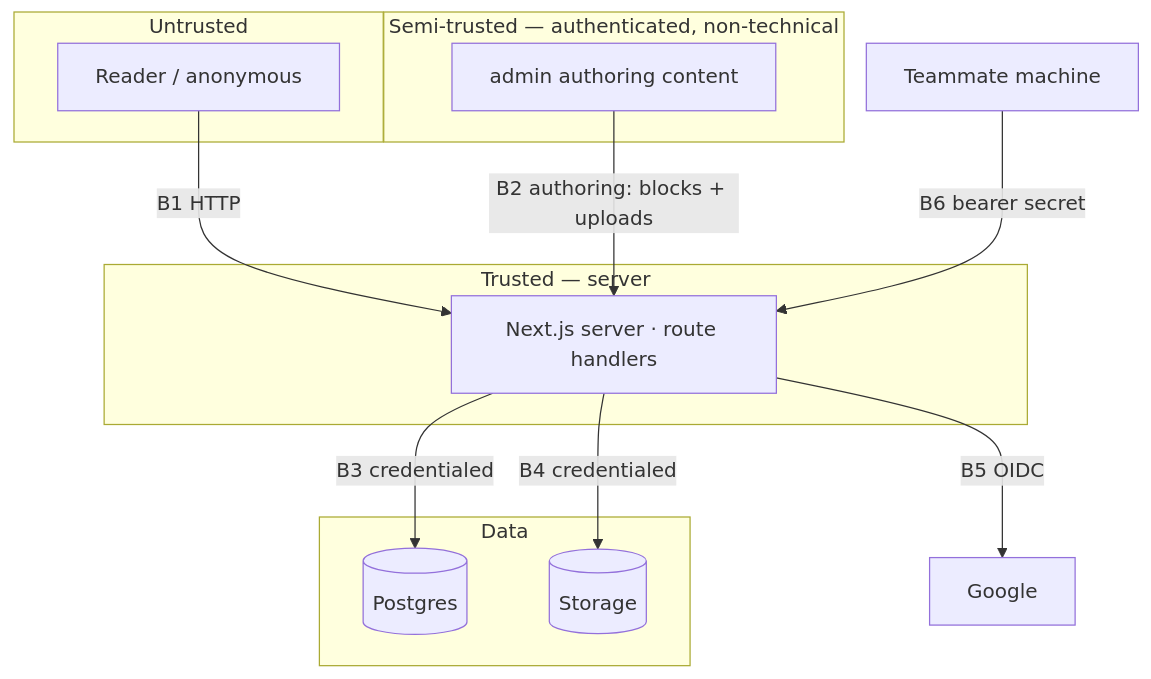
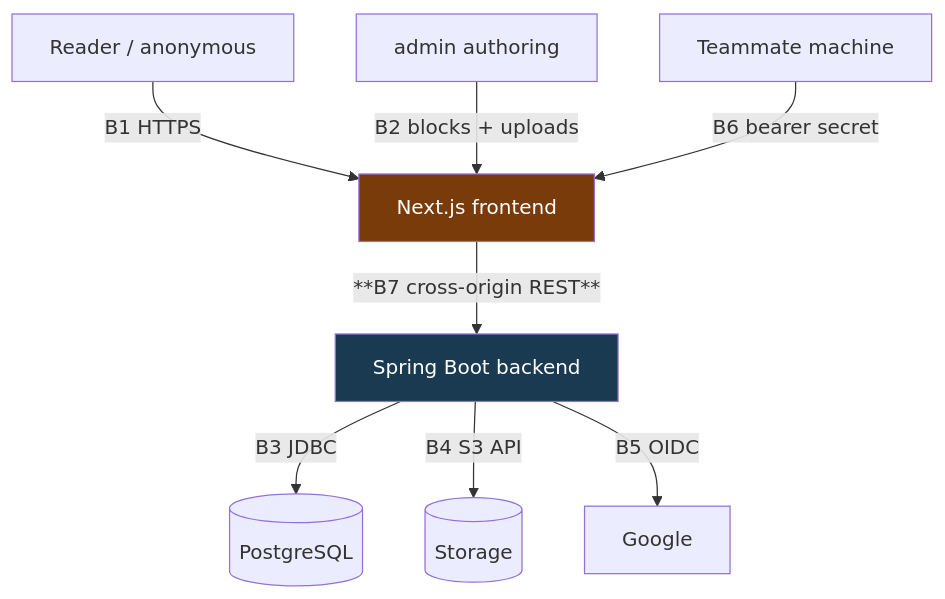
One commit to Oudompanha123/coc-docs-platform-renewal changed the sixth of 6 diagrams in docs/design/architecture-overview.md. Above: the diagram before and after it, drawn with Mermaid. The commit also changed other lines of this file and 14 other files, not shown here.

````diff
--- a/docs/design/architecture-overview.md
+++ b/docs/design/architecture-overview.md
@@ -160,22 +201,12 @@
 ```mermaid
 graph TB
-  subgraph U["Untrusted"]
-    UB[Reader / anonymous]
-  end
-  subgraph SA["Semi-trusted — authenticated, non-technical"]
-    AD[admin authoring content]
-  end
-  subgraph TR["Trusted — server"]
-    SRV[Next.js server · route handlers]
-  end
-  subgraph DATA["Data"]
-    PG[(Postgres)]
-    OS[(Storage)]
-  end
-  UB -->|B1 HTTP| SRV
-  AD -->|B2 authoring: blocks + uploads| SRV
-  SRV -->|B3 credentialed| PG
-  SRV -->|B4 credentialed| OS
-  SRV -->|B5 OIDC| GO[Google]
-  EXT[Teammate machine] -->|B6 bearer secret| SRV
+  UB[Reader / anonymous] -->|B1 HTTPS| FE[Next.js frontend]
+  AD[admin authoring] -->|B2 blocks + uploads| FE
+  FE -->|**B7 cross-origin REST**| BE[Spring Boot backend]
+  BE -->|B3 JDBC| PG[(PostgreSQL)]
+  BE -->|B4 S3 API| OS[(Storage)]
+  BE -->|B5 OIDC| GO[Google]
+  EXT[Teammate machine] -->|B6 bearer secret| FE
+  style FE fill:#7a3b0a,color:#fff
+  style BE fill:#1a3a52,color:#fff
 ```
````
